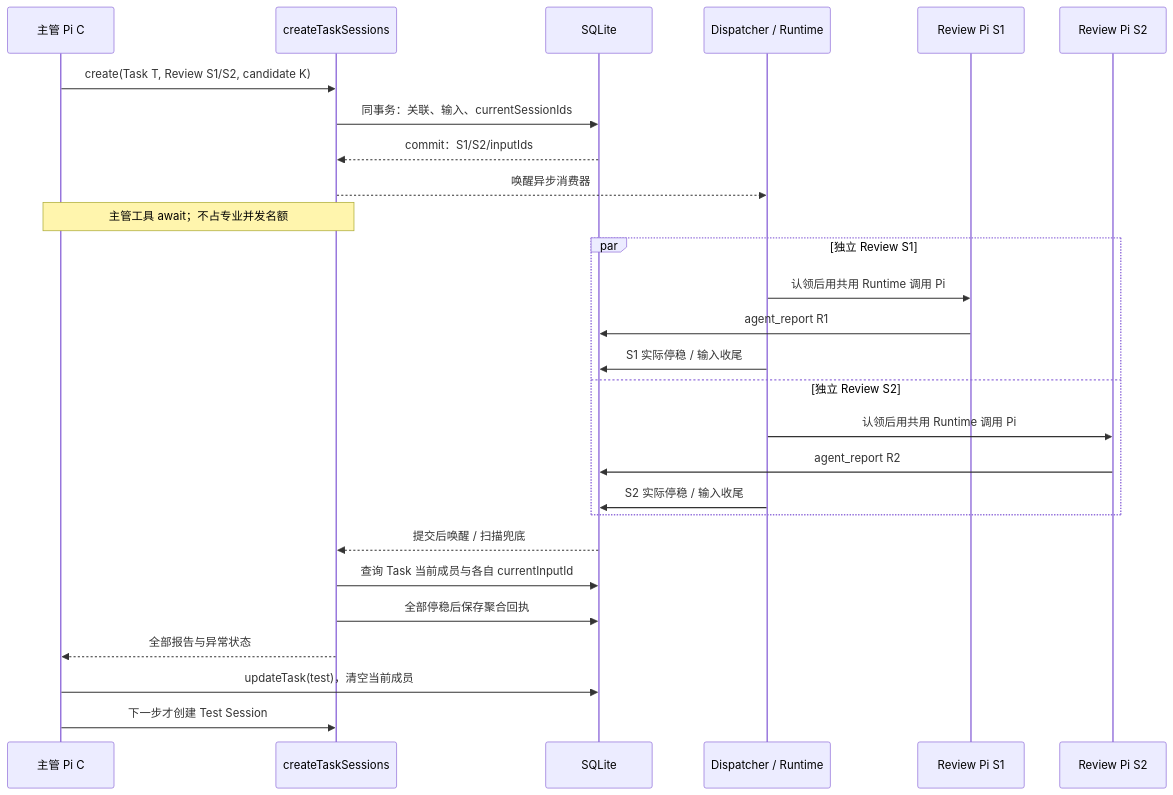
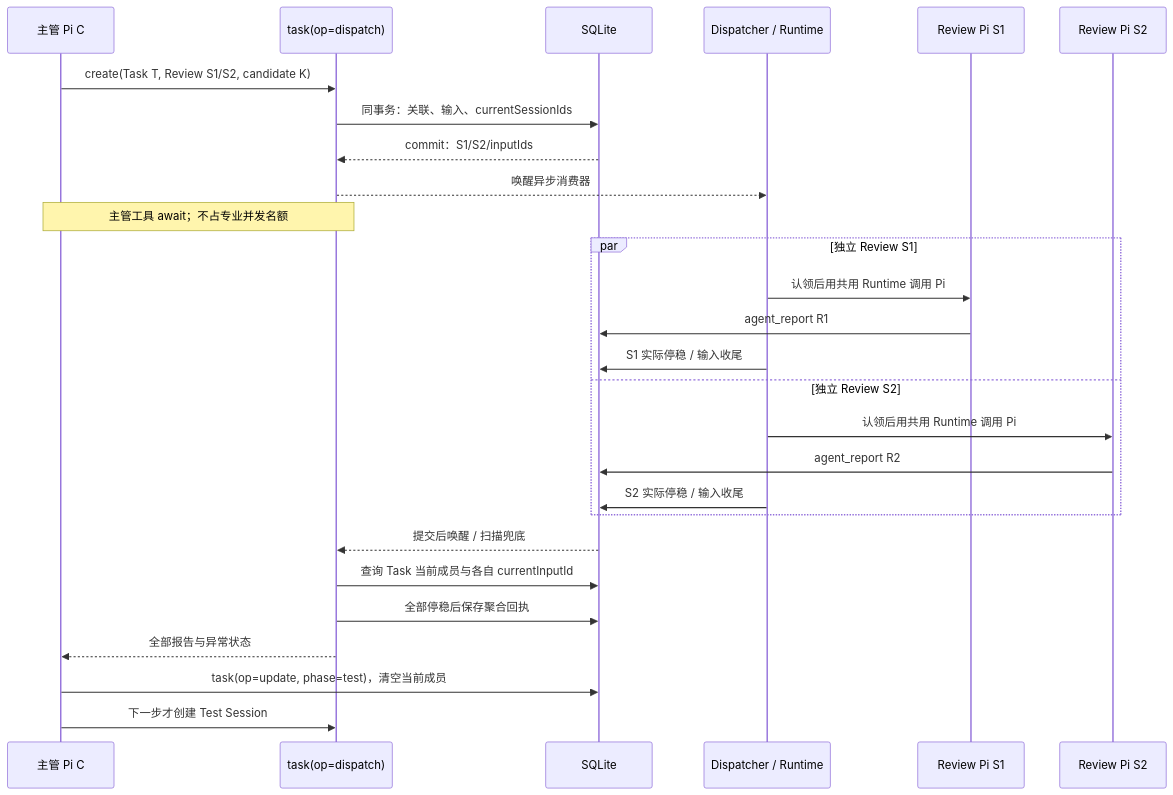
One commit to mojiaicrypto-ops/Kaiming changed the second of 3 diagrams in docs/technicalnew/messaging-and-collaboration.md. Above: the diagram before and after it, drawn with Mermaid. The commit also changed other lines of this file and 19 other files, not shown here.

````diff
--- a/docs/technicalnew/messaging-and-collaboration.md
+++ b/docs/technicalnew/messaging-and-collaboration.md
@@ -33,29 +33,29 @@
 ```mermaid
 sequenceDiagram
   participant C as 主管 Pi C
-  participant T as createTaskSessions
+  participant T as task(op=dispatch)
   participant DB as SQLite
   participant D as Dispatcher / Runtime
   participant S1 as Review Pi S1
   participant S2 as Review Pi S2
   C->>T: create(Task T, Review S1/S2, candidate K)
   T->>DB: 同事务：关联、输入、currentSessionIds
   DB-->>T: commit：S1/S2/inputIds
   T-->>D: 唤醒异步消费器
   Note over C,T: 主管工具 await；不占专业并发名额
   par 独立 Review S1
     D->>S1: 认领后用共用 Runtime 调用 Pi
     S1->>DB: agent_report R1
     D->>DB: S1 实际停稳 / 输入收尾
   and 独立 Review S2
     D->>S2: 认领后用共用 Runtime 调用 Pi
     S2->>DB: agent_report R2
     D->>DB: S2 实际停稳 / 输入收尾
   end
   DB-->>T: 提交后唤醒 / 扫描兜底
   T->>DB: 查询 Task 当前成员与各自 currentInputId
   T->>DB: 全部停稳后保存聚合回执
   T-->>C: 全部报告与异常状态
-  C->>DB: updateTask(test)，清空当前成员
+  C->>DB: task(op=update, phase=test)，清空当前成员
   C->>T: 下一步才创建 Test Session
 ```
````
